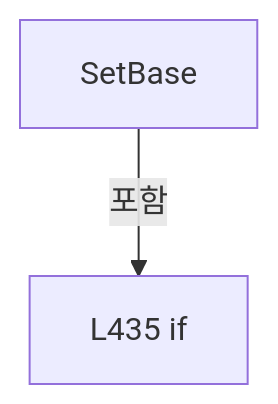
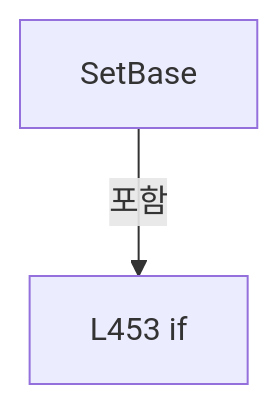
Diagram 20 of 22 in A3 LD Code Ref/files/Drilling.Common/Correction/CAlignInterpolation.cs.md (kjuws10-rgb/Shared), drawn with Mermaid before and after one commit. The commit also changed other lines of this file and 2071 other files, not shown here.

Commit message:
docs(a3): update 11.19.0 architecture and code reference

````diff
--- a/A3 LD Code Ref/files/Drilling.Common/Correction/CAlignInterpolation.cs.md
+++ b/A3 LD Code Ref/files/Drilling.Common/Correction/CAlignInterpolation.cs.md
@@ -3575,6 +3668,6 @@
 ```mermaid
 flowchart TD
  M["SetBase"]
- N0["L435 if"]
+ N0["L453 if"]
  M -->|포함| N0
 ```
````
